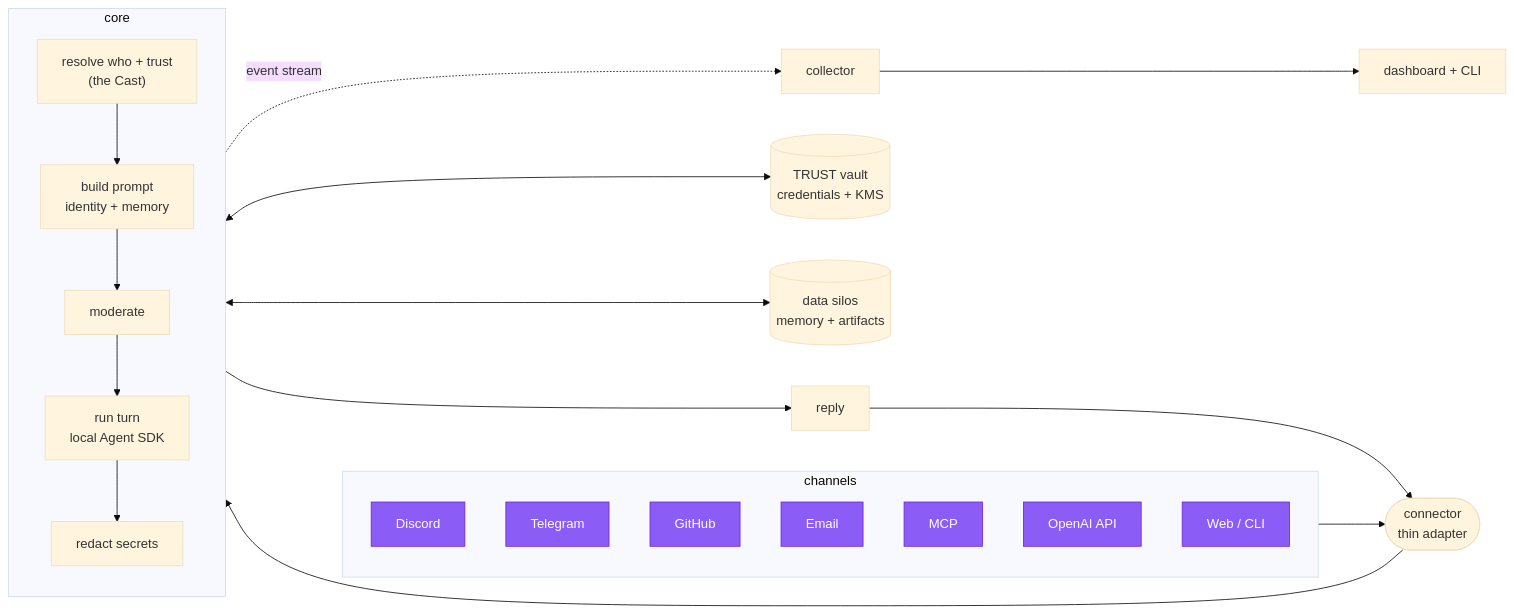
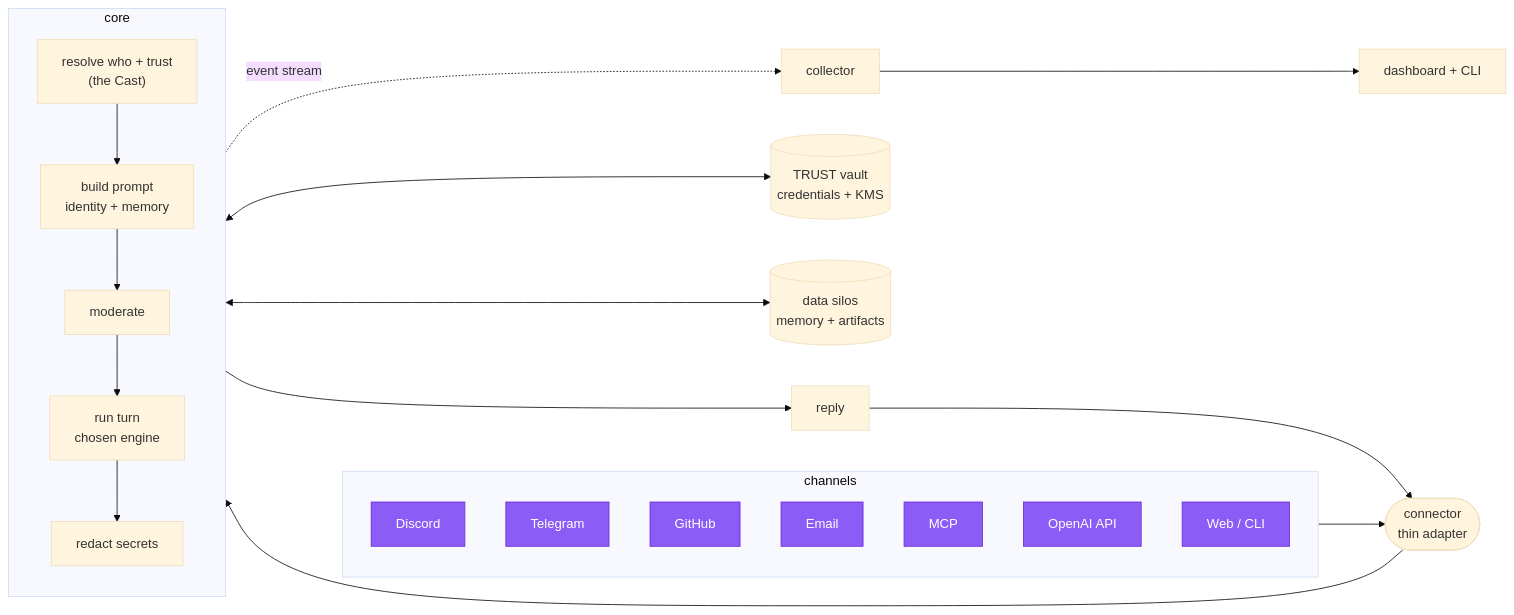
The diagram in README.md (scoutg001/asmltr), drawn with Mermaid (base theme) before and after one commit. The commit also changed other lines of this file and 48 other files, not shown here.

````diff
--- a/README.md
+++ b/README.md
@@ -86,28 +132,28 @@
 ```mermaid
 flowchart LR
   subgraph CH [ channels ]
     direction TB
     D[Discord]
     T[Telegram]
     G[GitHub]
     E[Email]
     M[MCP]
     O[OpenAI API]
     W[Web / CLI]
   end
   CH --> CONN(["connector<br/>thin adapter"]) --> CORE
 
   subgraph CORE [ core ]
     direction TB
     R["resolve who + trust<br/>(the Cast)"] --> SP["build prompt<br/>identity + memory"]
-    SP --> MOD["moderate"] --> RUN["run turn<br/>local Agent SDK"] --> RED["redact secrets"]
+    SP --> MOD["moderate"] --> RUN["run turn<br/>chosen engine"] --> RED["redact secrets"]
   end
 
   CORE <--> VAULT[("TRUST vault<br/>credentials + KMS")]
   CORE <--> SILO[("data silos<br/>memory + artifacts")]
   CORE -. event stream .-> COL["collector"] --> UI["dashboard + CLI"]
   CORE --> OUT["reply"] --> CONN
 
   classDef ch fill:#8B5CF6,stroke:#6D28D9,color:#fff;
   class D,T,G,E,M,O,W ch;
 ```
````
